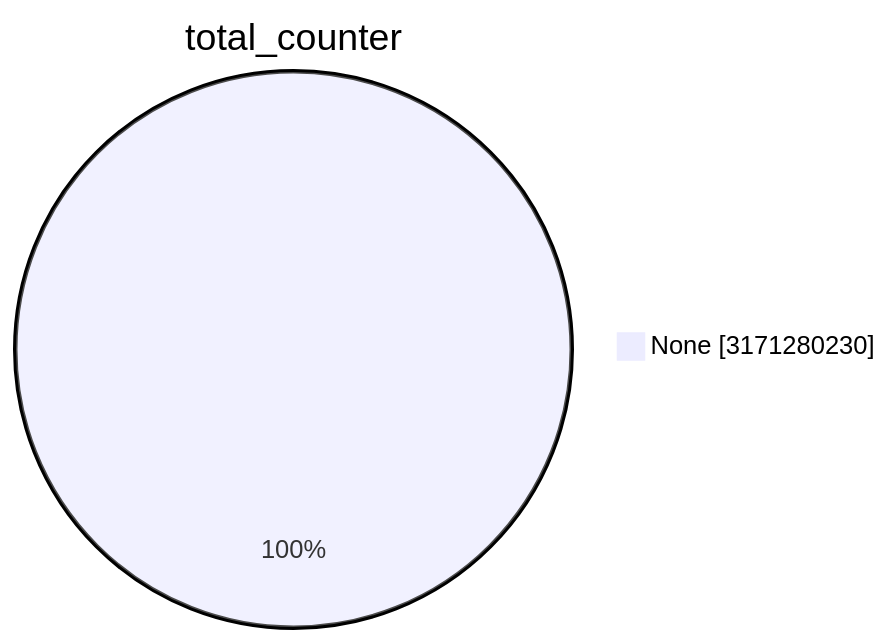
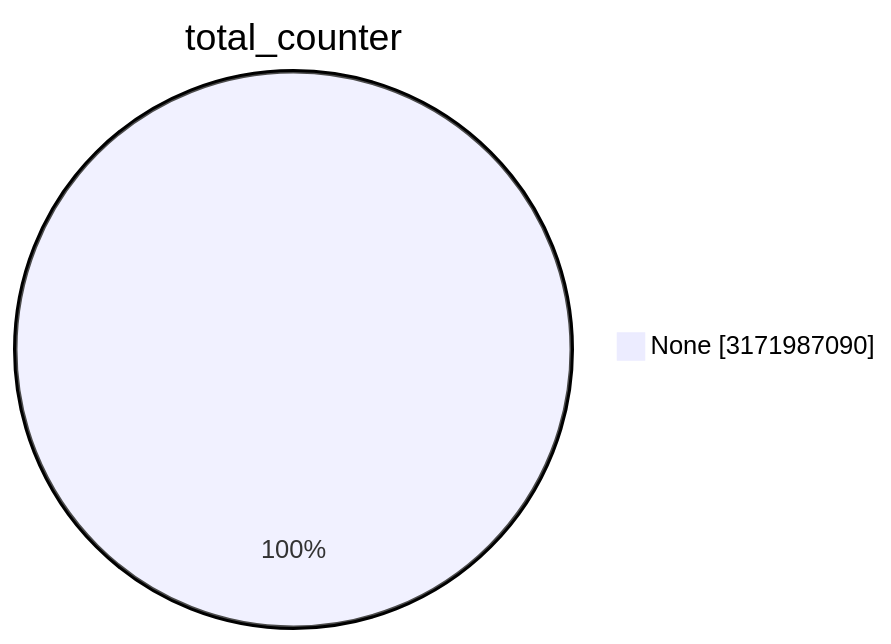
Before and after one commit to christiankrug/ctmonitor_visualization: the first of 15 diagrams in TOTAL/README.md, drawn with Mermaid. The commit also changed other lines of this file, not shown here.

````diff
--- a/TOTAL/README.md
+++ b/TOTAL/README.md
@@ -1,5 +1,5 @@
 ```mermaid
 pie showData
 title total_counter
-"None" :3171280230
+"None" :3171987090
 ```
````
